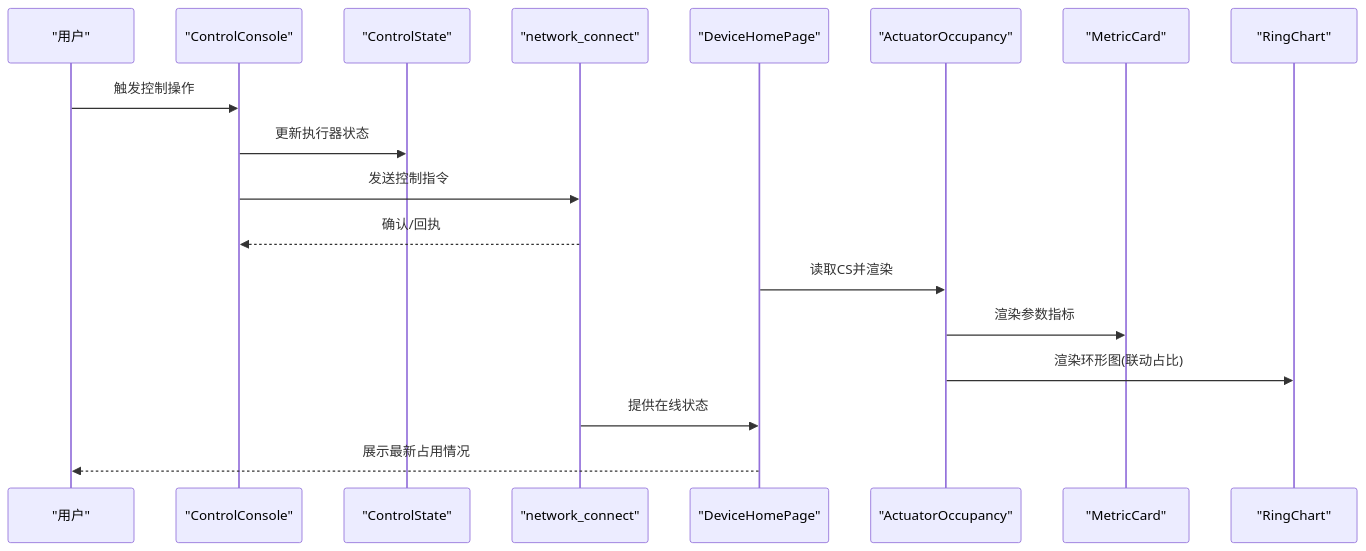
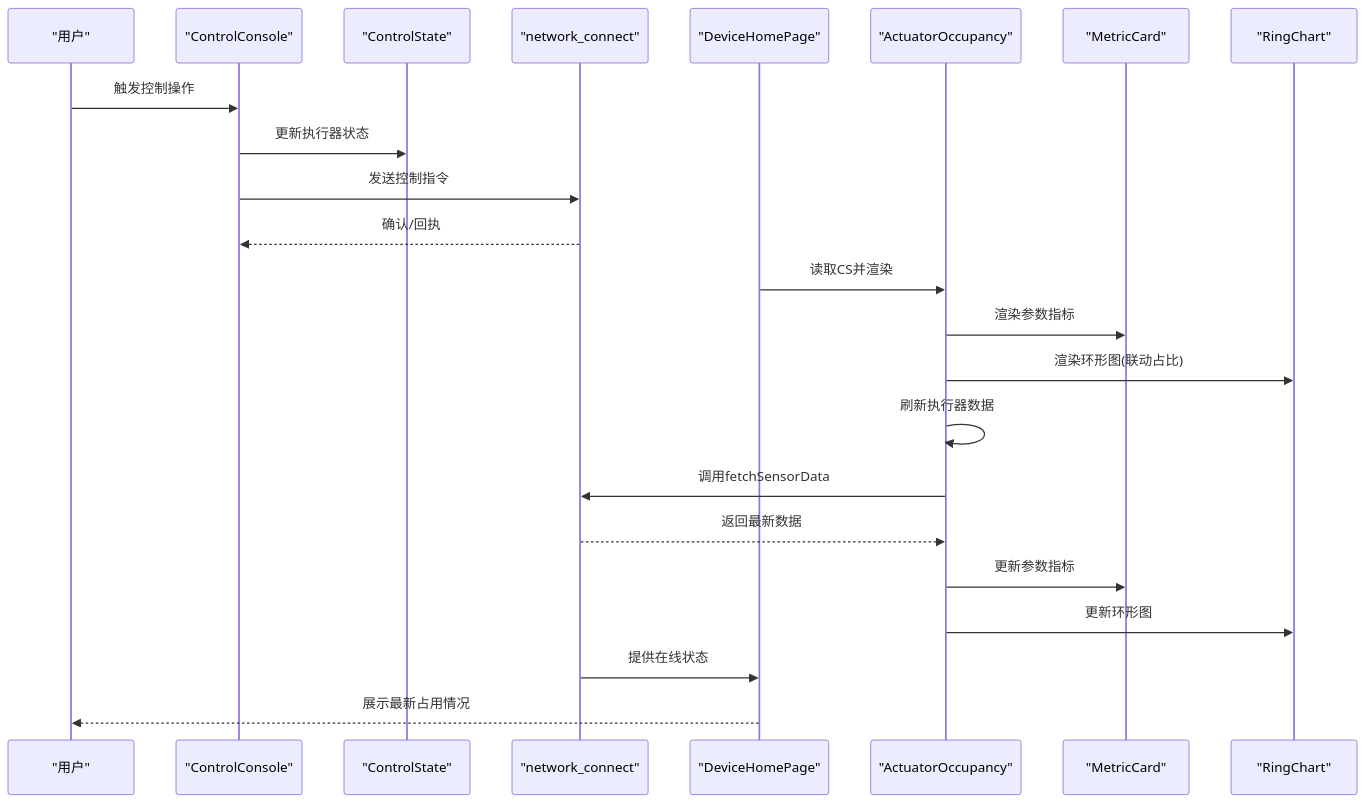
One commit to Neonrey-hub/SmartController changed the second of 9 diagrams in .qoder/repowiki/zh/content/设备管理系统/执行器监控.md. Above: the diagram before and after it, drawn with Mermaid. The commit also changed other lines of this file and 16 other files, not shown here.

````diff
--- a/.qoder/repowiki/zh/content/设备管理系统/执行器监控.md
+++ b/.qoder/repowiki/zh/content/设备管理系统/执行器监控.md
@@ -129,20 +141,25 @@
 ```mermaid
 sequenceDiagram
 participant U as "用户"
 participant CC as "ControlConsole"
 participant CS as "ControlState"
 participant NC as "network_connect"
 participant DHP as "DeviceHomePage"
 participant AO as "ActuatorOccupancy"
 participant MC as "MetricCard"
 participant RC as "RingChart"
 U->>CC : 触发控制操作
 CC->>CS : 更新执行器状态
 CC->>NC : 发送控制指令
 NC-->>CC : 确认/回执
 DHP->>AO : 读取CS并渲染
 AO->>MC : 渲染参数指标
 AO->>RC : 渲染环形图(联动占比)
+AO->>AO : 刷新执行器数据
+AO->>NC : 调用fetchSensorData
+NC-->>AO : 返回最新数据
+AO->>MC : 更新参数指标
+AO->>RC : 更新环形图
 NC->>DHP : 提供在线状态
 DHP-->>U : 展示最新占用情况
 ```
````
